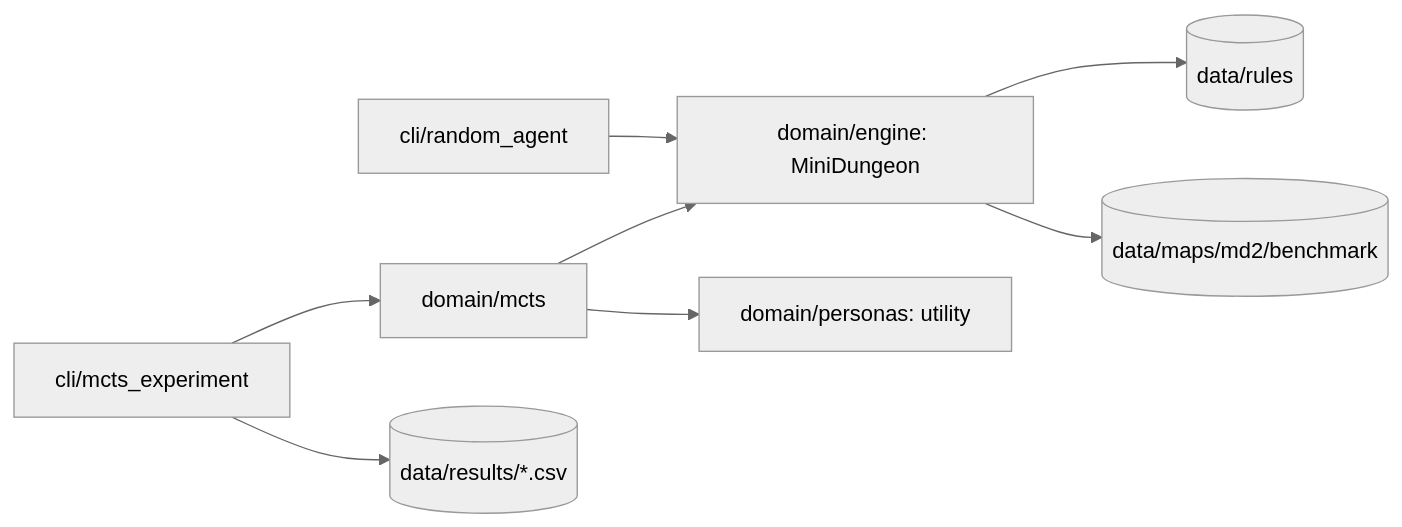
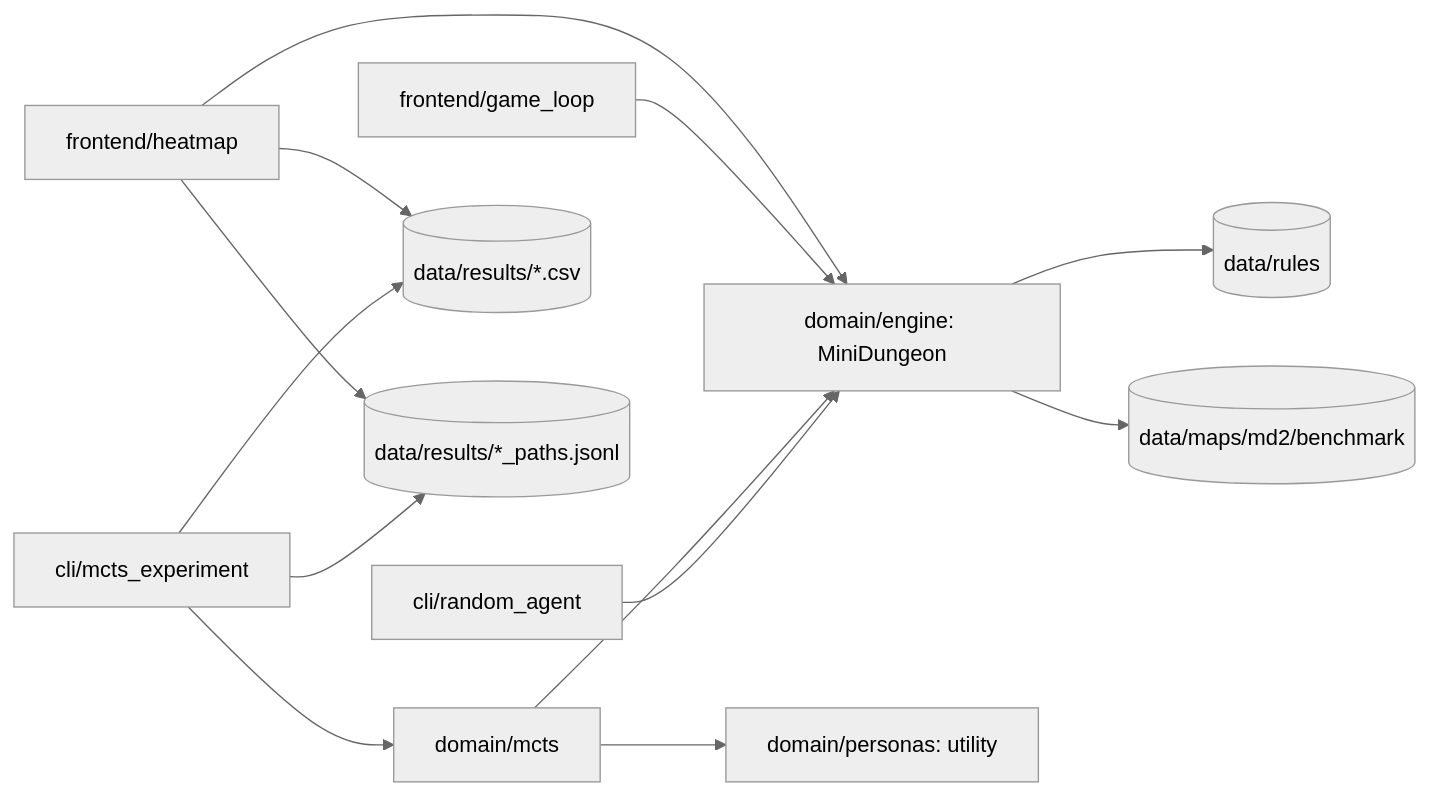
The diagram in README.md (Urteusz/AutomatedPlaytestingMCTS), drawn with Mermaid (neutral theme) before and after one commit. The commit also changed other lines of this file and 19 other files, not shown here.

Commit message:
feat: add PyGame frontend and trace functionality for game sessions

````diff
--- a/README.md
+++ b/README.md
@@ -16,10 +16,15 @@
 ```mermaid
 flowchart LR
     Exp[cli/mcts_experiment] --> MCTS[domain/mcts]
     Rnd[cli/random_agent] --> Env
     MCTS --> Env[domain/engine: MiniDungeon]
     MCTS --> Pers[domain/personas: utility]
     Env --> Rules[(data/rules)]
     Env --> Maps[(data/maps/md2/benchmark)]
     Exp --> Results[(data/results/*.csv)]
+    Exp --> Traces[(data/results/*_paths.jsonl)]
+    Play[frontend/game_loop] --> Env
+    Heat[frontend/heatmap] --> Env
+    Heat --> Traces
+    Heat --> Results
 ```
````
